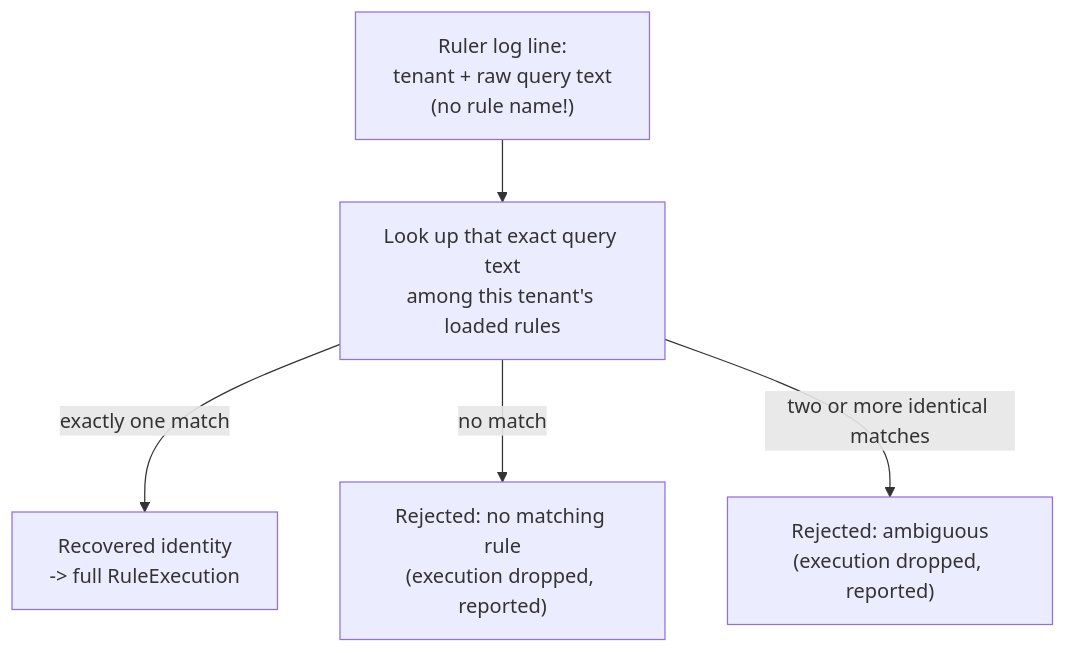
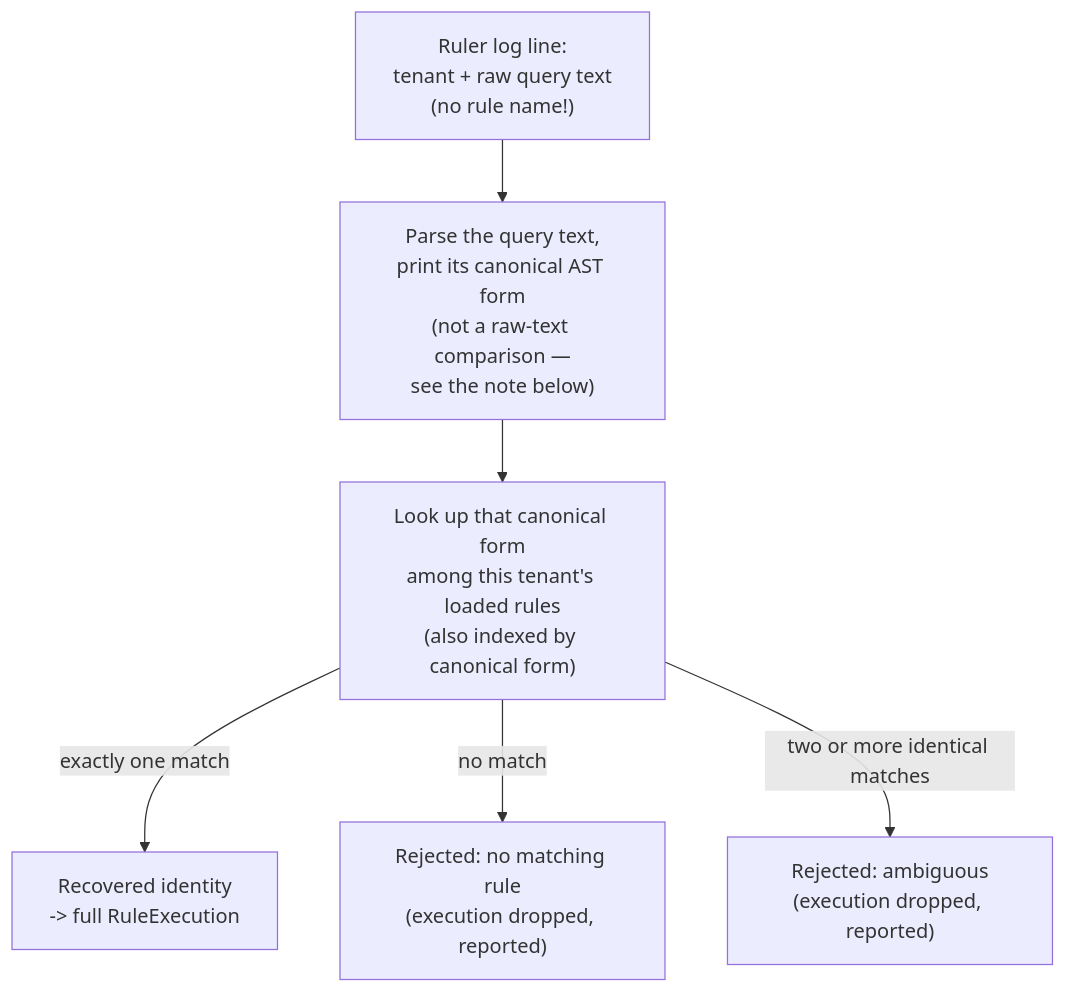
One commit to KorhanOzturk90/obscost changed the fifth of 5 diagrams in docs/adr/0001-observed-workload-attribution-layer.md. Above: the diagram before and after it, drawn with Mermaid. The commit also changed other lines of this file and 2 other files, not shown here.

````diff
--- a/docs/adr/0001-observed-workload-attribution-layer.md
+++ b/docs/adr/0001-observed-workload-attribution-layer.md
@@ -168,7 +168,8 @@
 ```mermaid
 flowchart TD
-    L["Ruler log line:\ntenant + raw query text\n(no rule name!)"] --> IDX["Look up that exact query text\namong this tenant's loaded rules"]
+    L["Ruler log line:\ntenant + raw query text\n(no rule name!)"] --> P["Parse the query text,\nprint its canonical AST form\n(not a raw-text comparison —\nsee the note below)"]
+    P --> IDX["Look up that canonical form\namong this tenant's loaded rules\n(also indexed by canonical form)"]
     IDX -->|"exactly one match"| OK["Recovered identity\n-> full RuleExecution"]
     IDX -->|"no match"| E1["Rejected: no matching rule\n(execution dropped, reported)"]
     IDX -->|"two or more identical matches"| E2["Rejected: ambiguous\n(execution dropped, reported)"]
 ```
````
